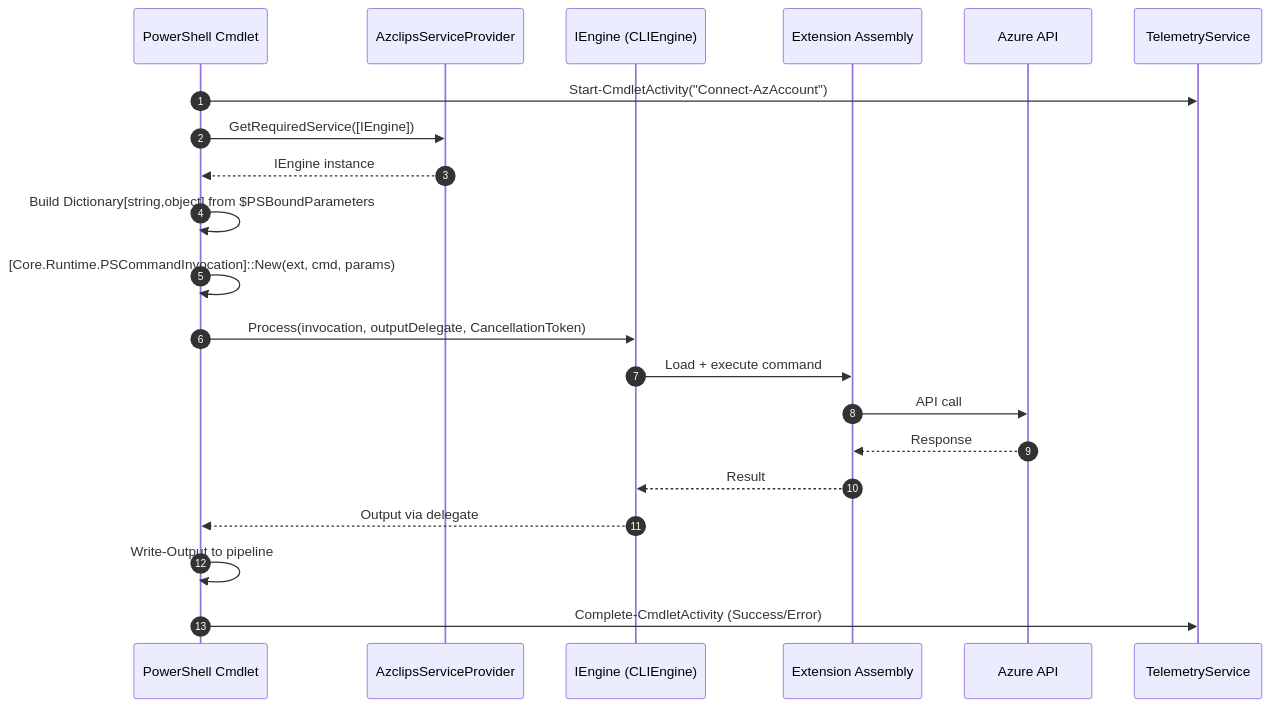
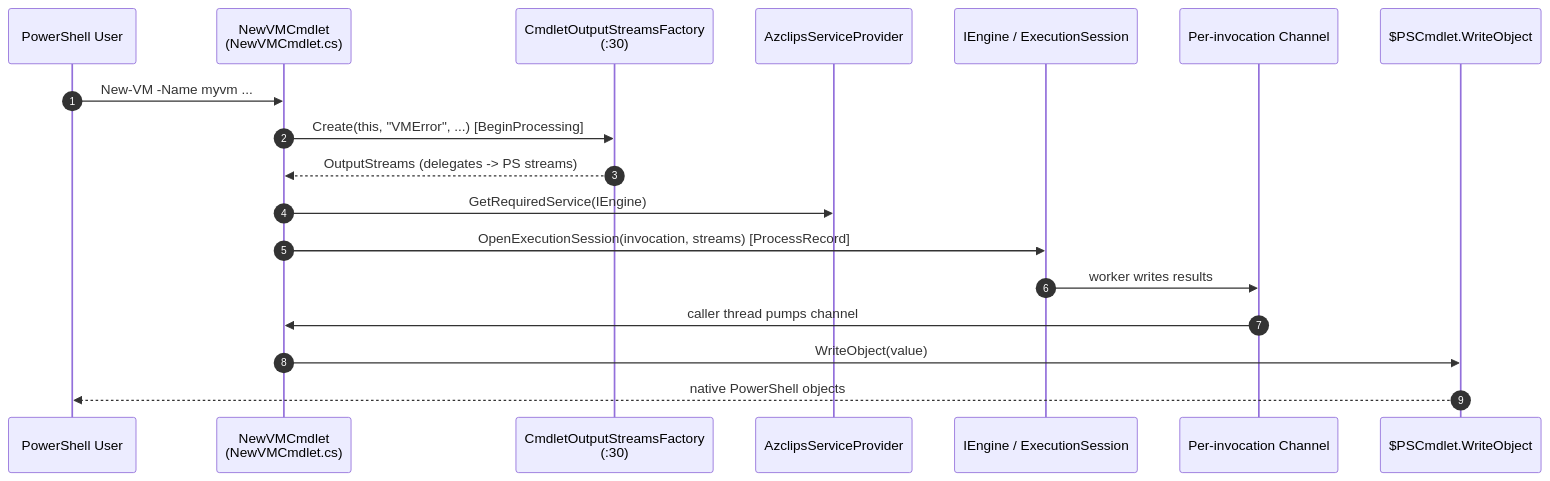
Before and after one commit to Azure/azclips: the first of 2 diagrams in wiki/01-getting-started/powershell-usage.md, drawn with Mermaid. The commit also changed other lines of this file and 19 other files, not shown here.

````diff
--- a/wiki/01-getting-started/powershell-usage.md
+++ b/wiki/01-getting-started/powershell-usage.md
@@ -176,24 +72,21 @@
 ```mermaid
 sequenceDiagram
     autonumber
-    participant PS as PowerShell Cmdlet
+    participant User as PowerShell User
+    participant Cmd as NewVMCmdlet<br>(NewVMCmdlet.cs)
+    participant Factory as CmdletOutputStreamsFactory<br>(:30)
     participant DI as AzclipsServiceProvider
-    participant Engine as IEngine (CLIEngine)
-    participant Ext as Extension Assembly
-    participant Azure as Azure API
-    participant Tel as TelemetryService
+    participant Eng as IEngine / ExecutionSession
+    participant Chan as Per-invocation Channel
+    participant PSOut as $PSCmdlet.WriteObject
 
-    PS->>Tel: Start-CmdletActivity("Connect-AzAccount")
-    PS->>DI: GetRequiredService([IEngine])
-    DI-->>PS: IEngine instance
-    PS->>PS: Build Dictionary[string,object] from $PSBoundParameters
-    PS->>PS: [Core.Runtime.PSCommandInvocation]::New(ext, cmd, params)
-    PS->>Engine: Process(invocation, outputDelegate, CancellationToken)
-    Engine->>Ext: Load + execute command
-    Ext->>Azure: API call
-    Azure-->>Ext: Response
-    Ext-->>Engine: Result
-    Engine-->>PS: Output via delegate
-    PS->>PS: Write-Output to pipeline
-    PS->>Tel: Complete-CmdletActivity (Success/Error)
+    User->>Cmd: New-VM -Name myvm ...
+    Cmd->>Factory: Create(this, "VMError", ...)  [BeginProcessing]
+    Factory-->>Cmd: OutputStreams (delegates -> PS streams)
+    Cmd->>DI: GetRequiredService(IEngine)
+    Cmd->>Eng: OpenExecutionSession(invocation, streams)  [ProcessRecord]
+    Eng->>Chan: worker writes results
+    Chan->>Cmd: caller thread pumps channel
+    Cmd->>PSOut: WriteObject(value)
+    PSOut-->>User: native PowerShell objects
 ```
````
